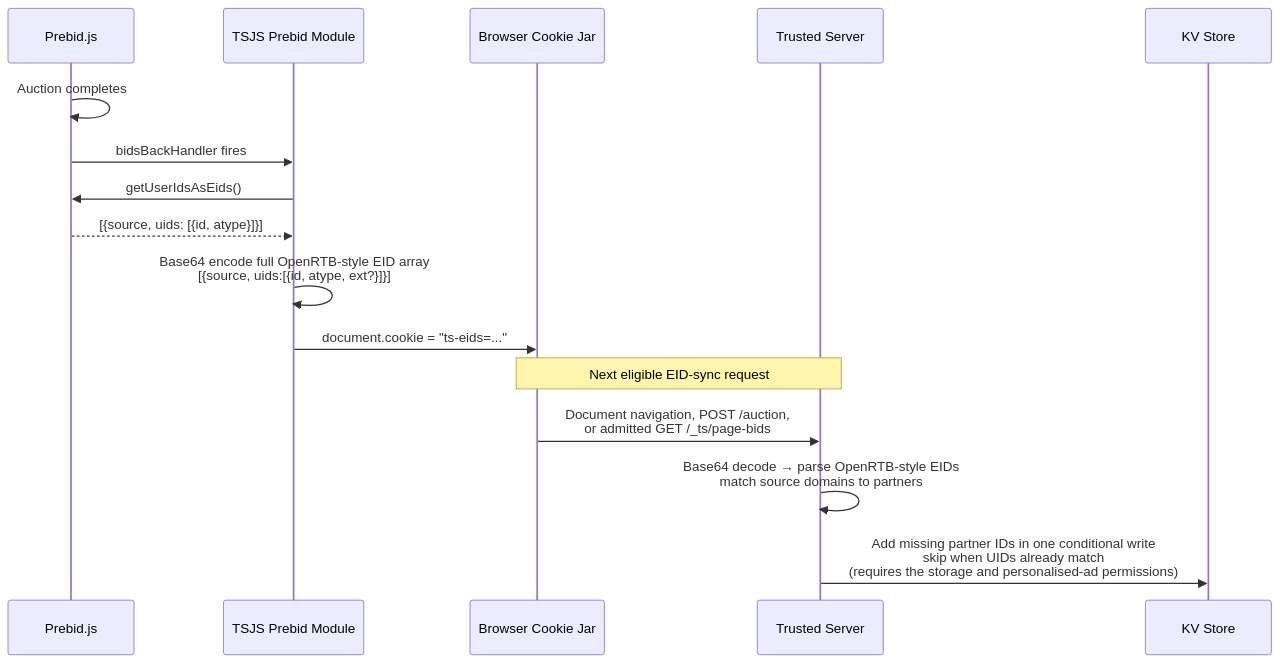
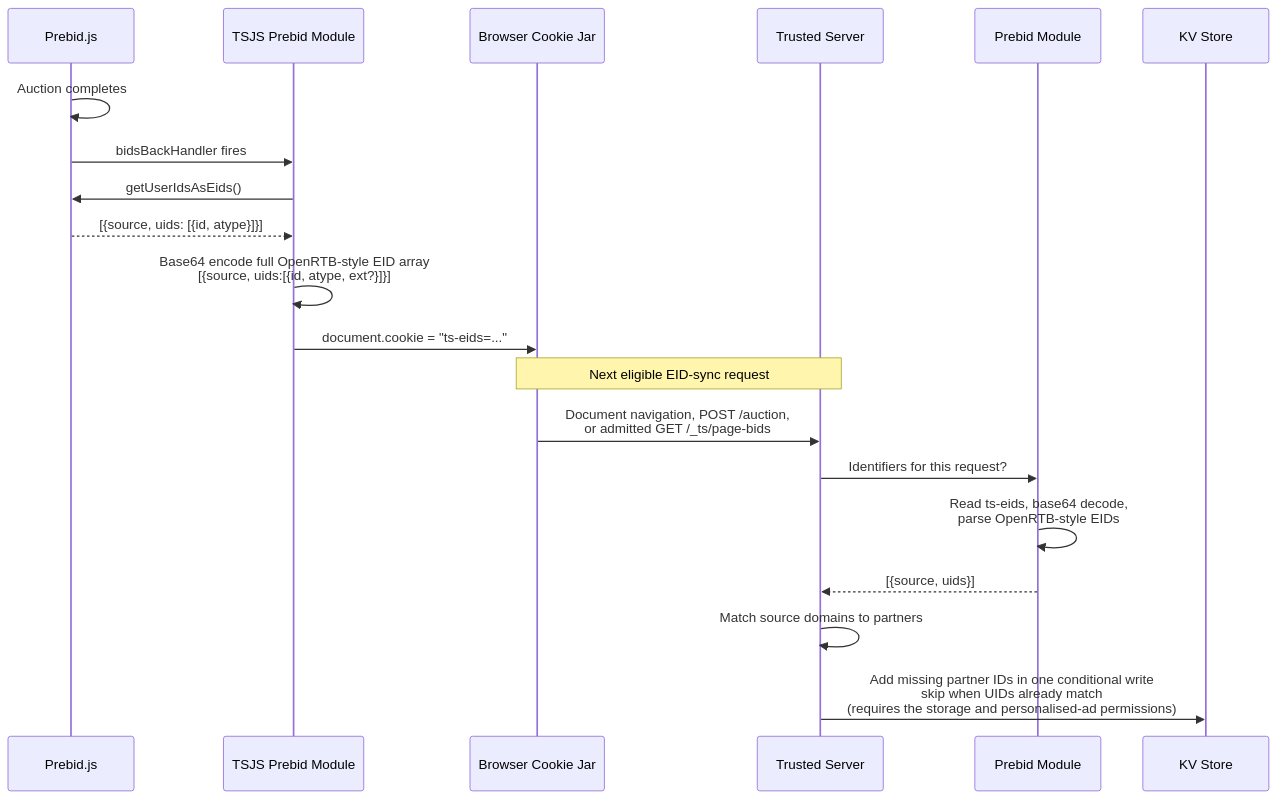
Before and after one commit to IABTechLab/trusted-server: the sixth of 7 diagrams in docs/guide/edge-cookies.md, drawn with Mermaid. The commit also changed other lines of this file and 26 other files, not shown here.

````diff
--- a/docs/guide/edge-cookies.md
+++ b/docs/guide/edge-cookies.md
@@ -185,20 +185,24 @@
 ```mermaid
 sequenceDiagram
     participant Prebid as Prebid.js
     participant TSJS as TSJS Prebid Module
     participant B as Browser Cookie Jar
     participant TS as Trusted Server
+    participant PM as Prebid Module
     participant KV as KV Store
 
     Prebid->>Prebid: Auction completes
     Prebid->>TSJS: bidsBackHandler fires
     TSJS->>Prebid: getUserIdsAsEids()
     Prebid-->>TSJS: [{source, uids: [{id, atype}]}]
     TSJS->>TSJS: Base64 encode full OpenRTB-style EID array<br/>[{source, uids:[{id, atype, ext?}]}]
     TSJS->>B: document.cookie = "ts-eids=..."
 
     Note over B,TS: Next eligible EID-sync request
     B->>TS: Document navigation, POST /auction,<br/>or admitted GET /_ts/page-bids
-    TS->>TS: Base64 decode → parse OpenRTB-style EIDs<br/>match source domains to partners
+    TS->>PM: Identifiers for this request?
+    PM->>PM: Read ts-eids, base64 decode,<br/>parse OpenRTB-style EIDs
+    PM-->>TS: [{source, uids}]
+    TS->>TS: Match source domains to partners
     TS->>KV: Add missing partner IDs in one conditional write<br/>skip when UIDs already match<br/>(requires the storage and personalised-ad permissions)
 ```
````
